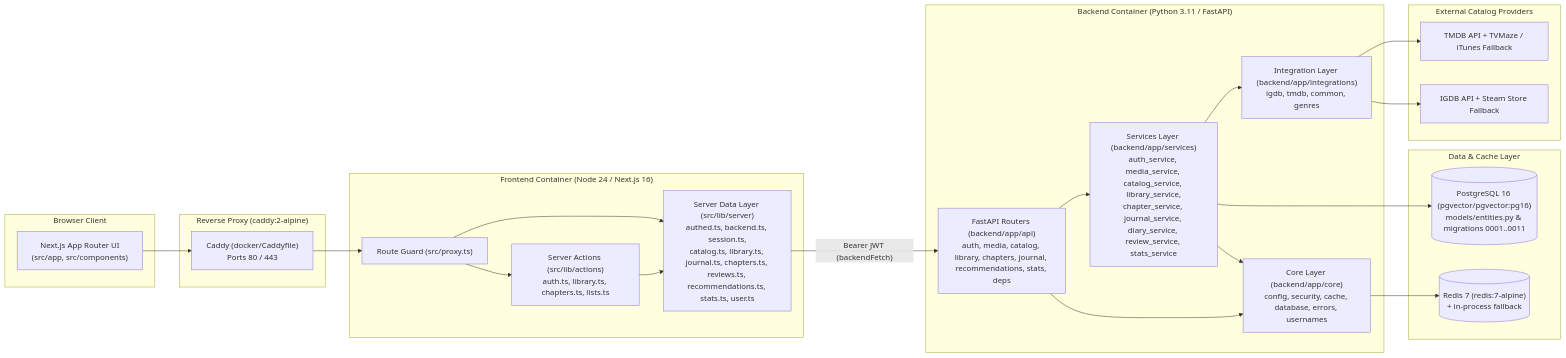
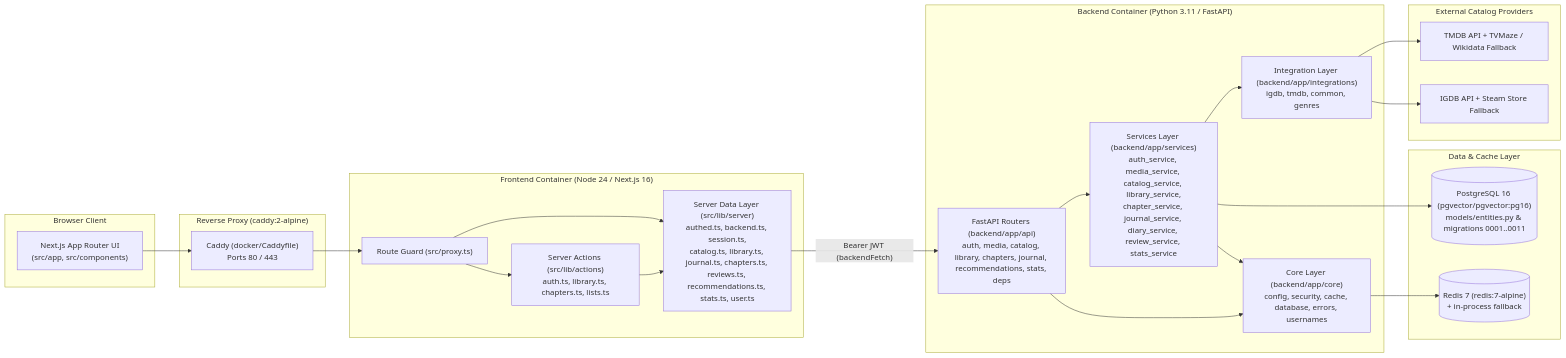
Before and after one commit to metezd/OmniLog: the diagram in docs/design/arch/architecture-diagram.mmd, drawn with Mermaid. The commit also changed 9 other files, not shown here.

First line of the commit message:
docs(design): show Wikidata as the keyless movie source in the diagrams and the report

```diff
--- a/docs/design/arch/architecture-diagram.mmd
+++ b/docs/design/arch/architecture-diagram.mmd
@@ -1,44 +1,44 @@
 flowchart LR
   subgraph Client["Browser Client"]
     UI["Next.js App Router UI\n(src/app, src/components)"]
   end
 
   subgraph ProxyContainer["Reverse Proxy (caddy:2-alpine)"]
     CADDY["Caddy (docker/Caddyfile)\nPorts 80 / 443"]
   end
 
   subgraph FrontendContainer["Frontend Container (Node 24 / Next.js 16)"]
     MW["Route Guard (src/proxy.ts)"]
     ACT["Server Actions (src/lib/actions)\nauth.ts, library.ts, chapters.ts, lists.ts"]
     SRV["Server Data Layer (src/lib/server)\nauthed.ts, backend.ts, session.ts,\ncatalog.ts, library.ts, journal.ts, chapters.ts, reviews.ts, recommendations.ts, stats.ts, user.ts"]
   end
 
   subgraph BackendContainer["Backend Container (Python 3.11 / FastAPI)"]
     API["FastAPI Routers (backend/app/api)\nauth, media, catalog, library, chapters, journal, recommendations, stats, deps"]
     SVC["Services Layer (backend/app/services)\nauth_service, media_service, catalog_service, library_service,\nchapter_service, journal_service, diary_service, review_service, stats_service"]
     INT["Integration Layer (backend/app/integrations)\nigdb, tmdb, common, genres"]
     CORE["Core Layer (backend/app/core)\nconfig, security, cache, database, errors, usernames"]
   end
 
   subgraph DataLayer["Data & Cache Layer"]
     PG[("PostgreSQL 16 (pgvector/pgvector:pg16)\nmodels/entities.py & migrations 0001..0011")]
     RD[("Redis 7 (redis:7-alpine)\n+ in-process fallback")]
   end
 
   subgraph ExternalAPIs["External Catalog Providers"]
-    TMDB["TMDB API + TVMaze / iTunes Fallback"]
+    TMDB["TMDB API + TVMaze / Wikidata Fallback"]
     IGDB["IGDB API + Steam Store Fallback"]
   end
 
   UI --> CADDY --> MW
   MW --> ACT --> SRV
   MW --> SRV
   SRV -->|"Bearer JWT (backendFetch)"| API
   API --> SVC
   API --> CORE
   SVC --> INT
   SVC --> CORE
   SVC --> PG
   CORE --> RD
   INT --> TMDB
   INT --> IGDB
```
